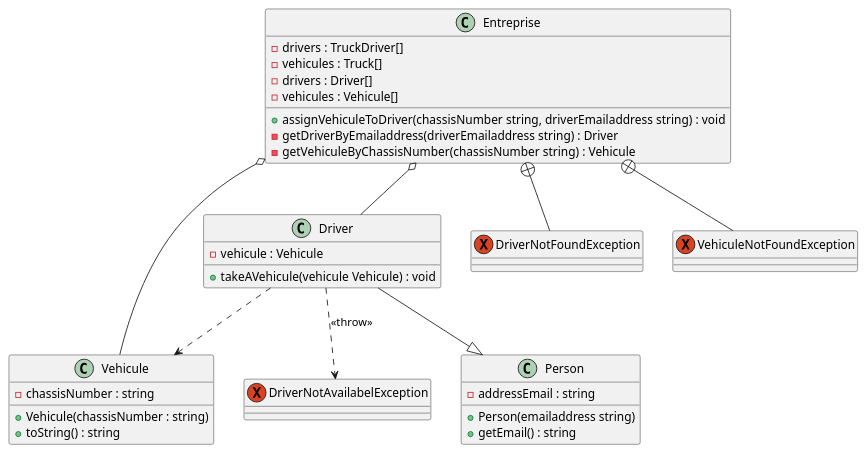
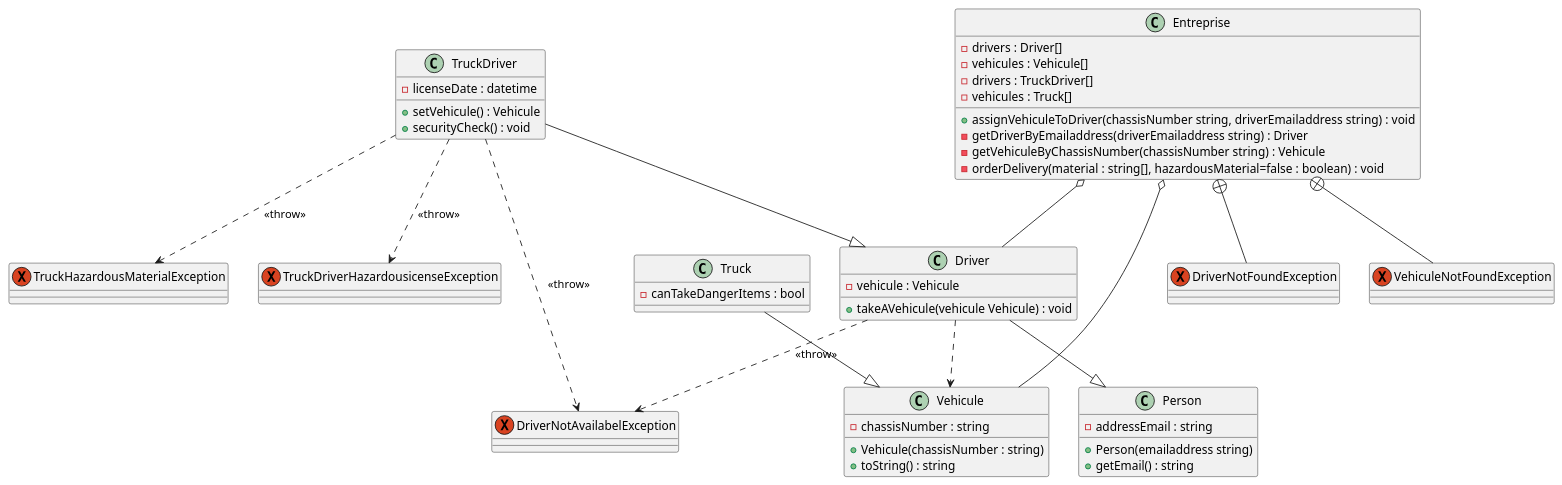
One commit to NathanChauveau/SequenceToCode changed the diagram in docs/diagramClass.wsd. Above: the diagram before and after it, drawn with PlantUML.

Commit message:
feat: add new classes, new methodes and new exceptions

```diff
--- a/docs/diagramClass.wsd
+++ b/docs/diagramClass.wsd
@@ -1,41 +1,55 @@
 @startuml
 class Entreprise
 class Driver
 class Person
 class Vehicule
+class TruckDriver
+class Truck
 exception DriverNotFoundException 
 exception VehiculeNotFoundException
 exception DriverNotAvailabelException
+exception TruckHazardousMaterialException
+exception TruckDriverHazardousicenseException
 
 
-
+Entreprise : -drivers : Driver[]
+Entreprise : -vehicules : Vehicule[]
 Entreprise : -drivers : TruckDriver[]
 Entreprise : -vehicules : Truck[]
-Entreprise : -drivers : Driver[]
-Entreprise : -vehicules : Vehicule[]
 Entreprise : +assignVehiculeToDriver(chassisNumber string, driverEmailaddress string) : void
 Entreprise : -getDriverByEmailaddress(driverEmailaddress string) : Driver
 Entreprise : -getVehiculeByChassisNumber(chassisNumber string) : Vehicule
+Entreprise : -orderDelivery(material : string[], hazardousMaterial=false : boolean) : void
 
 Driver : -vehicule : Vehicule
 Driver : +takeAVehicule(vehicule Vehicule) : void
 
 Person : -addressEmail : string
 Person : +Person(emailaddress string)
 Person : +getEmail() : string
 
 Vehicule : +Vehicule(chassisNumber : string)
 Vehicule : +toString() : string
 Vehicule : -chassisNumber : string 
- 
+
+TruckDriver : -licenseDate : datetime
+TruckDriver : +setVehicule() : Vehicule
+TruckDriver : +securityCheck() : void
+
+Truck : -canTakeDangerItems : bool
+
 
 Entreprise o-- Driver
 Entreprise o-- Vehicule
 Driver --|> Person
+TruckDriver --|> Driver
+Truck --|> Vehicule
 Entreprise +-- DriverNotFoundException 
 Entreprise +-- VehiculeNotFoundException 
 Driver ..> Vehicule
 Driver ..> DriverNotAvailabelException : << throw >> 
-
+TruckDriver ..> DriverNotAvailabelException : << throw >> 
+TruckDriver ..> TruckHazardousMaterialException : << throw >>
+TruckDriver ..> TruckDriverHazardousicenseException : << throw >>
 
 @enduml
```
